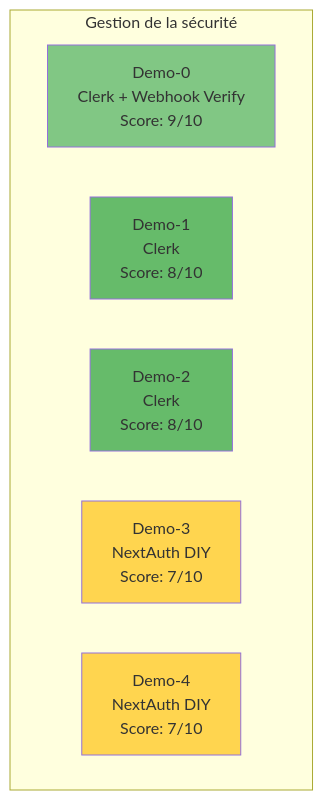
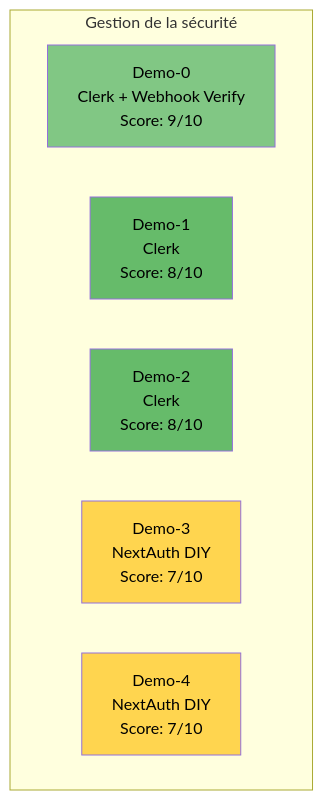
One commit to inskillflow/auths-1-NEXTJS-introduction changed diagram 37 of 39 in 02-DIAGRAMMES_ARCHITECTURES.md. Above: the diagram before and after it, drawn with Mermaid. The commit also changed other lines of this file, not shown here.

````diff
--- a/02-DIAGRAMMES_ARCHITECTURES.md
+++ b/02-DIAGRAMMES_ARCHITECTURES.md
@@ -1180,16 +1180,16 @@
 ```mermaid
 graph TB
     subgraph "Gestion de la sécurité"
         S0["Demo-0<br/>Clerk + Webhook Verify<br/>Score: 9/10"]
         S1["Demo-1<br/>Clerk<br/>Score: 8/10"]
         S2["Demo-2<br/>Clerk<br/>Score: 8/10"]
         S3["Demo-3<br/>NextAuth DIY<br/>Score: 7/10"]
         S4["Demo-4<br/>NextAuth DIY<br/>Score: 7/10"]
     end
     
-    style S0 fill:#81c784
-    style S1 fill:#66bb6a
-    style S2 fill:#66bb6a
-    style S3 fill:#ffd54f
-    style S4 fill:#ffd54f
+    style S0 fill:#81c784,color:#000
+    style S1 fill:#66bb6a,color:#000
+    style S2 fill:#66bb6a,color:#000
+    style S3 fill:#ffd54f,color:#000
+    style S4 fill:#ffd54f,color:#000
 ```
````
